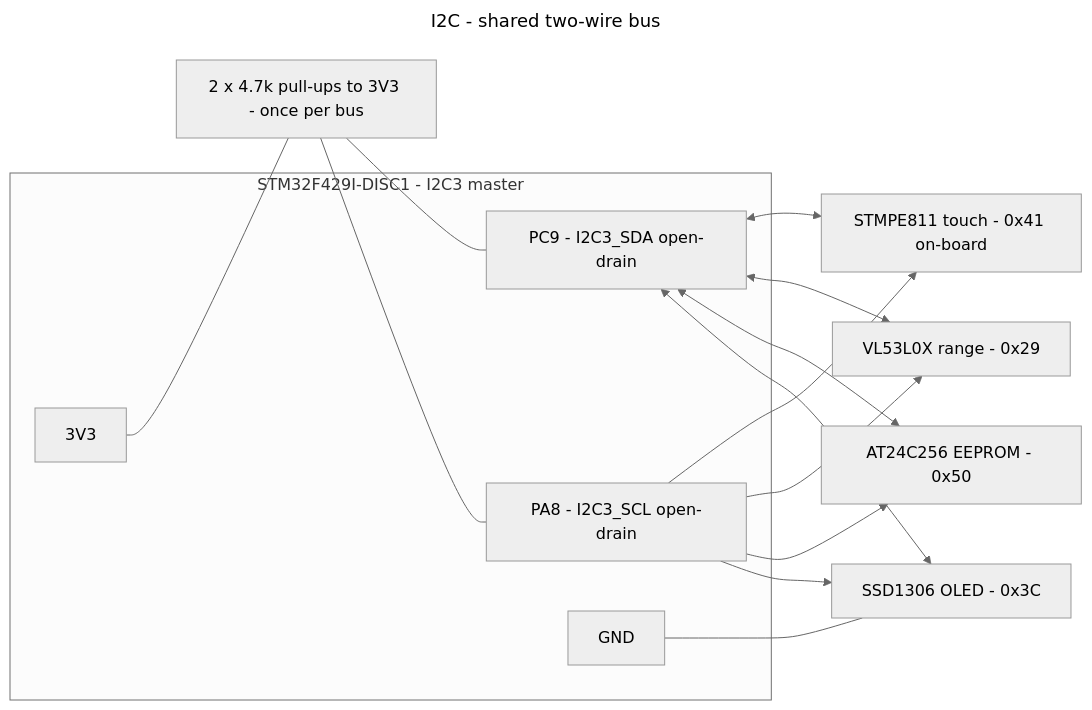
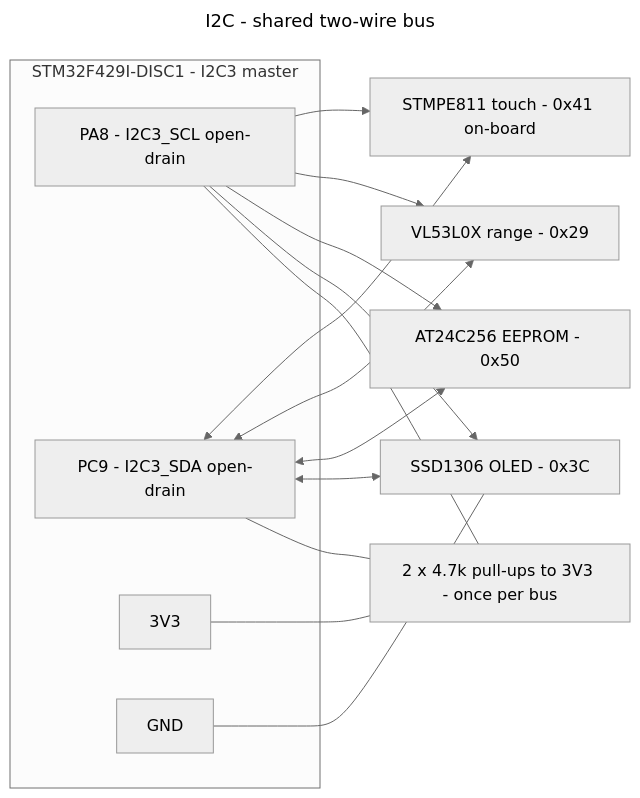
One commit to Ekpenyong-Esu/BareMetalMCU2 changed the diagram in Sensor_Cons/Peripherals/I2C/i2c_wiring.mmd. Above: the diagram before and after it, drawn with Mermaid (neutral theme). The commit also changed 19 other files, not shown here.

First line of the commit message:
Rank every wiring diagram into a single row

```diff
--- a/Sensor_Cons/Peripherals/I2C/i2c_wiring.mmd
+++ b/Sensor_Cons/Peripherals/I2C/i2c_wiring.mmd
@@ -1,36 +1,36 @@
 ---
 title: I2C - shared two-wire bus
 ---
 %% NO DOCUMENTED PINS in the driver - the application opens the bus.
 %% PA8 / PC9 are already I2C3_SCL / I2C3_SDA in project.ioc and are the
 %% natural choice on this board.
 %% One pull-up pair for the whole bus, not one per device.
 %% Every device needs a different 7-bit address.
 %% Both lines must be open-drain; push-pull will fight the pull-ups.
 flowchart LR
     subgraph MCU["STM32F429I-DISC1 - I2C3 master"]
         SCL["PA8 - I2C3_SCL open-drain"]
         SDA["PC9 - I2C3_SDA open-drain"]
         V33["3V3"]
         GND["GND"]
     end
 
     PU["2 x 4.7k pull-ups to 3V3 - once per bus"]
 
     D1["SSD1306 OLED - 0x3C"]
     D2["AT24C256 EEPROM - 0x50"]
     D3["VL53L0X range - 0x29"]
     D4["STMPE811 touch - 0x41 on-board"]
 
     V33 --- PU
-    PU --- SCL
-    PU --- SDA
+    SCL --- PU
+    SDA --- PU
     SCL --> D1
     SCL --> D2
     SCL --> D3
     SCL --> D4
     SDA <--> D1
     SDA <--> D2
     SDA <--> D3
     SDA <--> D4
     GND --- D1
```
